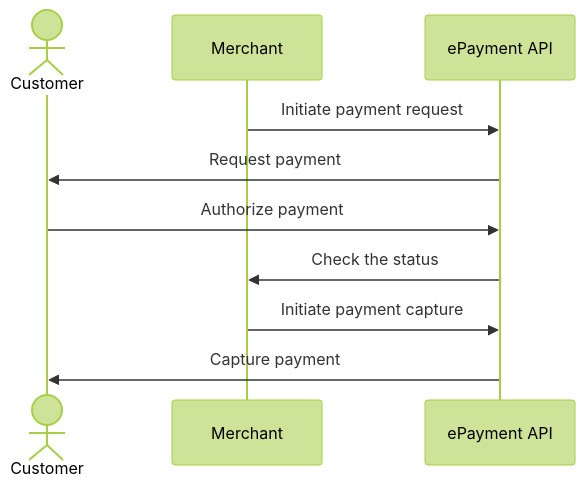
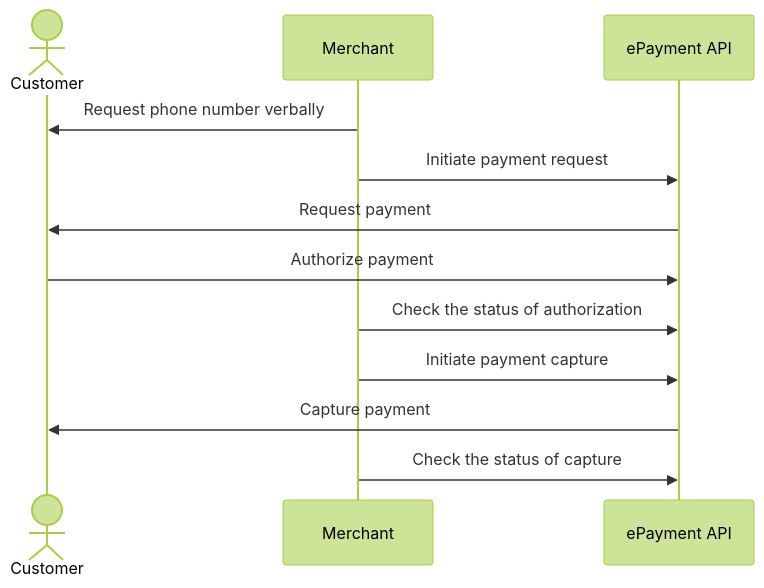
Before and after one commit to vippsas/vipps-solutions: the diagram in taxi-companies/taximeter-initiates-payment-request-with-phone-request.md, drawn with Mermaid (forest theme). The commit also changed other lines of this file and 18 other files, not shown here.

````diff
--- a/taxi-companies/taximeter-initiates-payment-request-with-phone-request.md
+++ b/taxi-companies/taximeter-initiates-payment-request-with-phone-request.md
@@ -43,13 +65,15 @@
 ``` mermaid
 sequenceDiagram
     actor C as Customer
     participant M as Merchant
     participant ePayment as ePayment API
 
+    M->>C: Request phone number verbally
     M->>ePayment: Initiate payment request
     ePayment->>C: Request payment
     C->>ePayment: Authorize payment
-    ePayment->>M: Check the status
+    M->>ePayment: Check the status of authorization
     M->>ePayment: Initiate payment capture
     ePayment->>C: Capture payment
+    M->>ePayment: Check the status of capture
 ```
````
